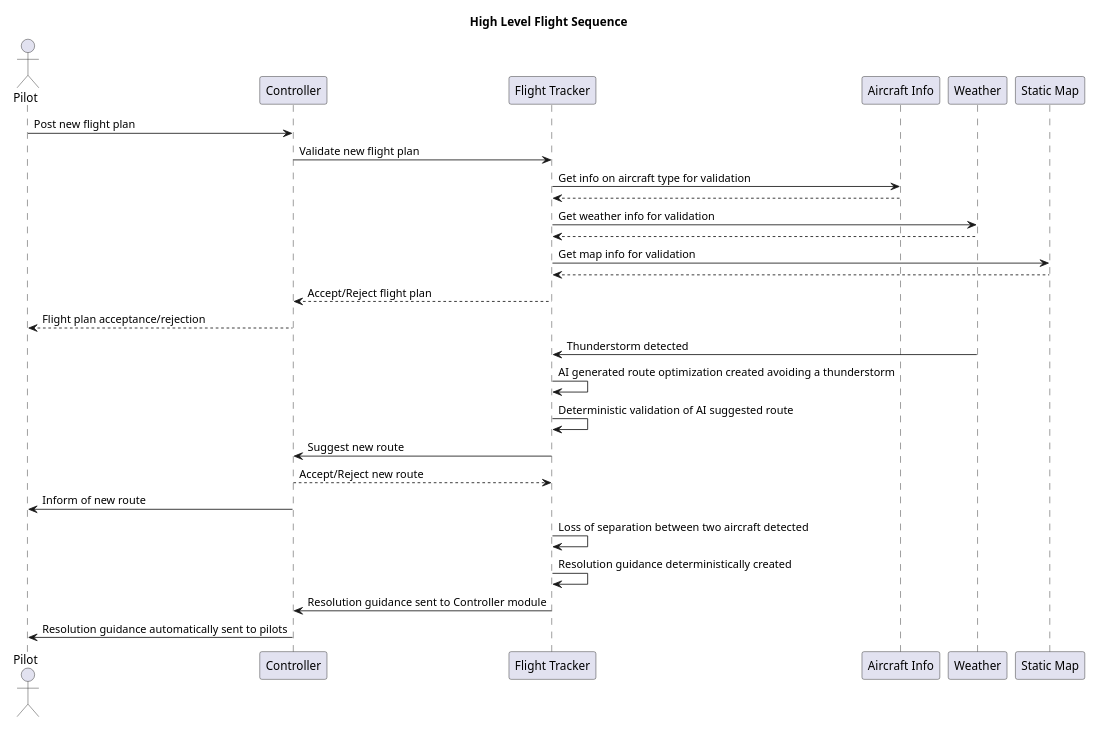
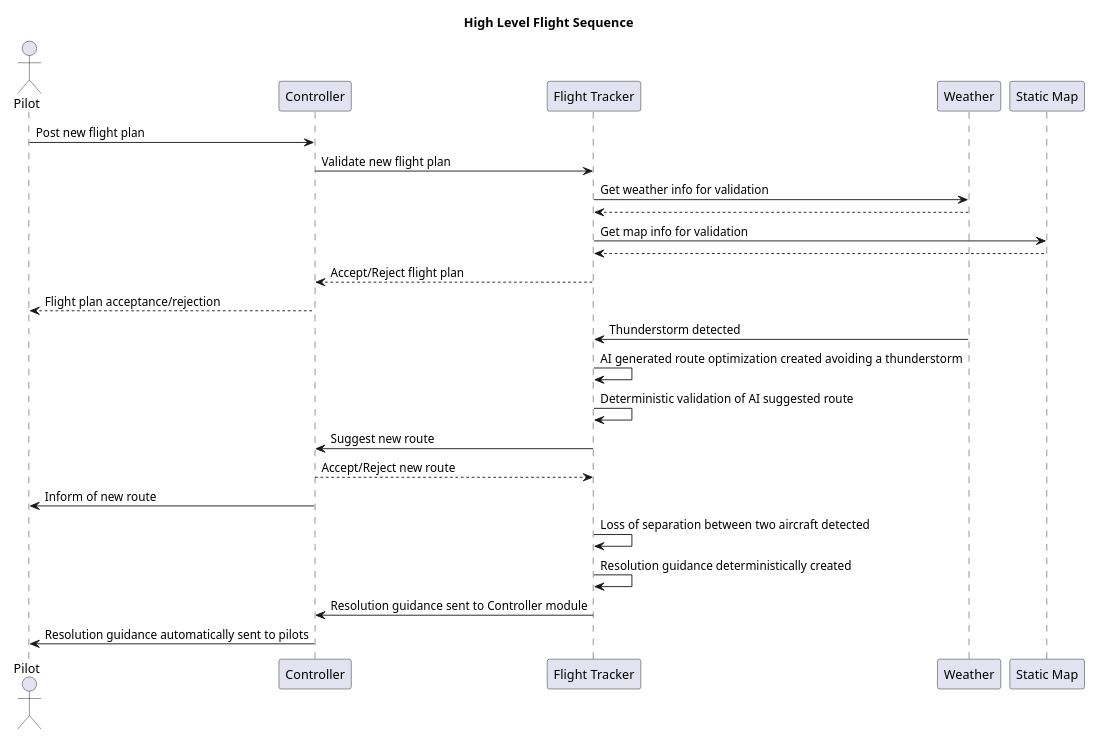
Before and after one commit to erikorlowski/cscie97: the fourth of 8 diagrams in cscie97/asn5/design.md, drawn with PlantUML. The commit also changed other lines of this file, not shown here.

Commit message:
Removed Aircraft Info module

````diff
--- a/cscie97/asn5/design.md
+++ b/cscie97/asn5/design.md
@@ -470,35 +465,32 @@
 ```plantuml
 @startuml
 title High Level Flight Sequence
 scale max 800 width
 
 actor Pilot as pilot
 participant "Controller" as control
 participant "Flight Tracker" as tracker
-participant "Aircraft Info" as info
 participant "Weather" as weather
 participant "Static Map" as map
 
 pilot -> control : Post new flight plan
 control -> tracker : Validate new flight plan
-tracker -> info : Get info on aircraft type for validation
-info --> tracker
 tracker -> weather : Get weather info for validation
 weather --> tracker
 tracker -> map : Get map info for validation
 map --> tracker
 tracker --> control : Accept/Reject flight plan
 control --> pilot : Flight plan acceptance/rejection
 weather -> tracker: Thunderstorm detected
 tracker -> tracker : AI generated route optimization created avoiding a thunderstorm
 tracker -> tracker : Deterministic validation of AI suggested route
 tracker -> control : Suggest new route
 control --> tracker : Accept/Reject new route
 control -> pilot : Inform of new route
 tracker -> tracker : Loss of separation between two aircraft detected
 tracker -> tracker : Resolution guidance deterministically created
 tracker -> control : Resolution guidance sent to Controller module
 control -> pilot : Resolution guidance automatically sent to pilots
 
 @enduml
 ```
````
